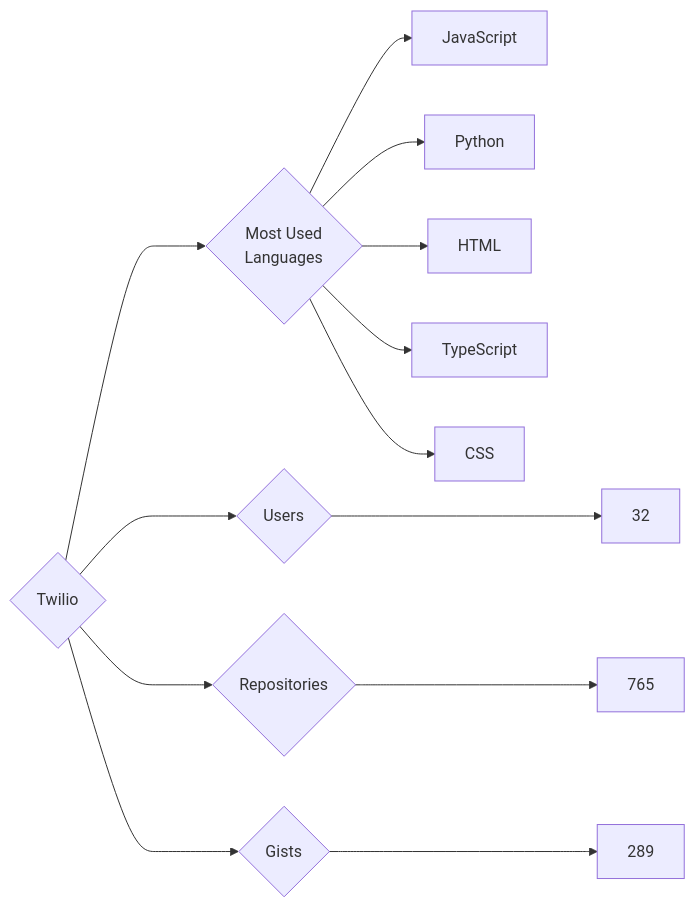
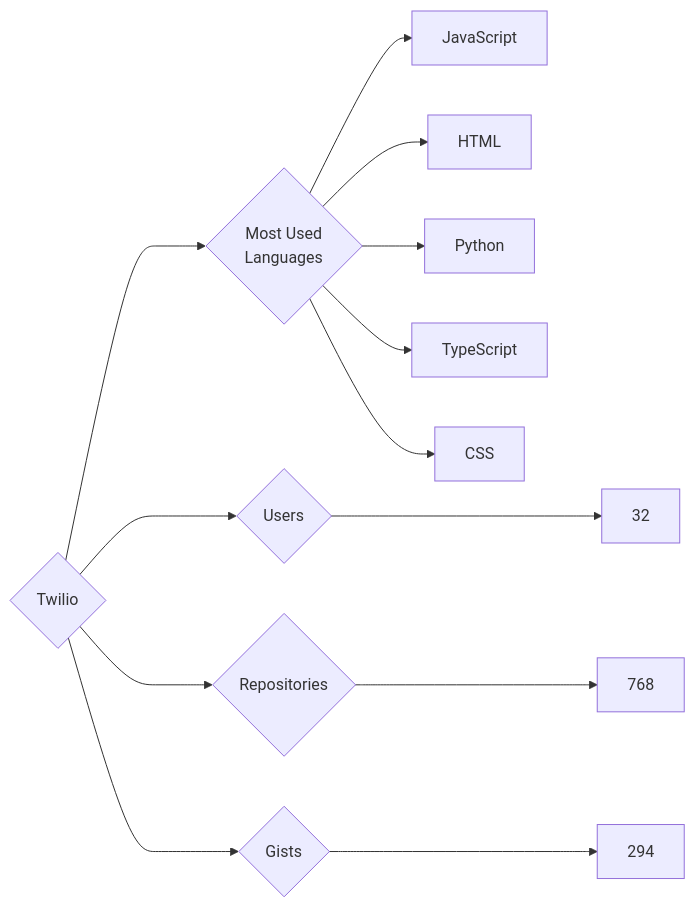
The diagram in targets/Twilio/README.md (trickest/insiders), drawn with Mermaid before and after one commit. The commit also changed 1479 other files, not shown here.

````diff
--- a/targets/Twilio/README.md
+++ b/targets/Twilio/README.md
@@ -3,13 +3,13 @@
 ```mermaid
 graph LR
 COMPANY_NAME{Twilio}
 COMPANY_NAME ---> U{Users} ---> UN[32]
-COMPANY_NAME ---> R{Repositories} ---> RN[765]
-COMPANY_NAME ---> G{Gists} ---> GN[289]
+COMPANY_NAME ---> R{Repositories} ---> RN[768]
+COMPANY_NAME ---> G{Gists} ---> GN[294]
 COMPANY_NAME ---> ML{Most Used<br>Languages}
 ML --> JavaScript[JavaScript]
+ML --> HTML[HTML]
 ML --> Python[Python]
-ML --> HTML[HTML]
 ML --> TypeScript[TypeScript]
 ML --> CSS[CSS]
 ```
````
